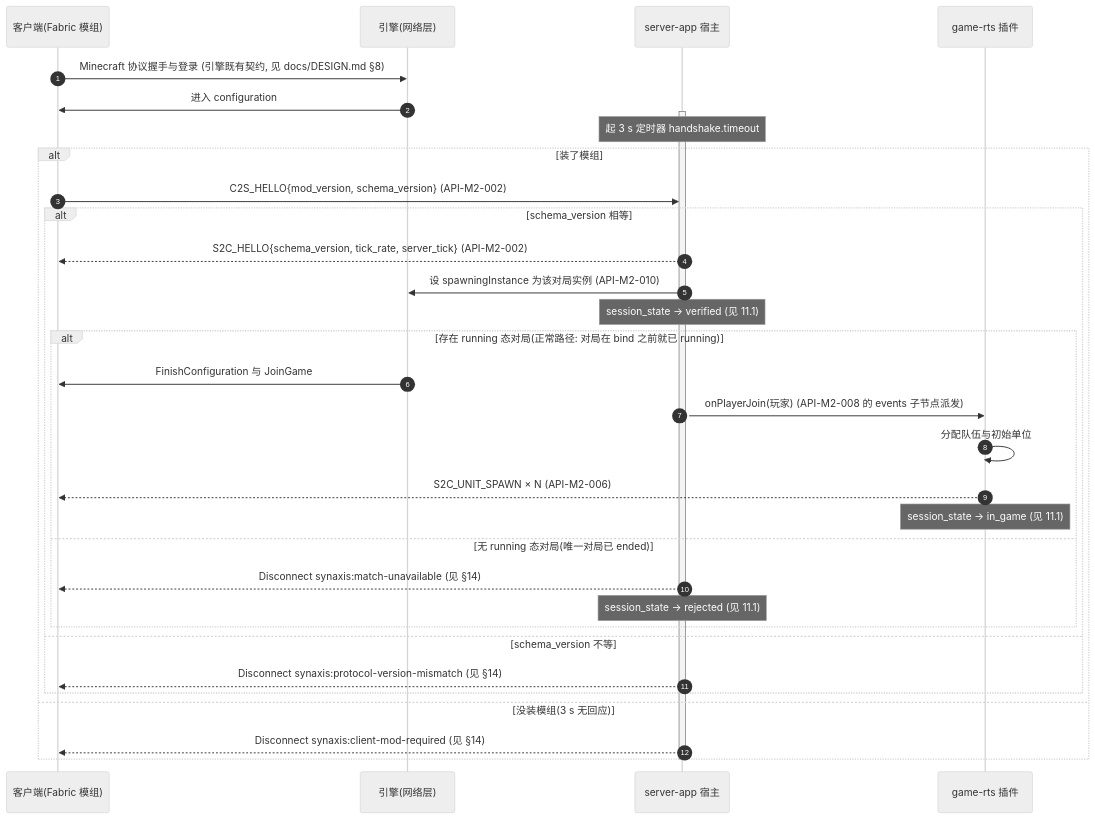
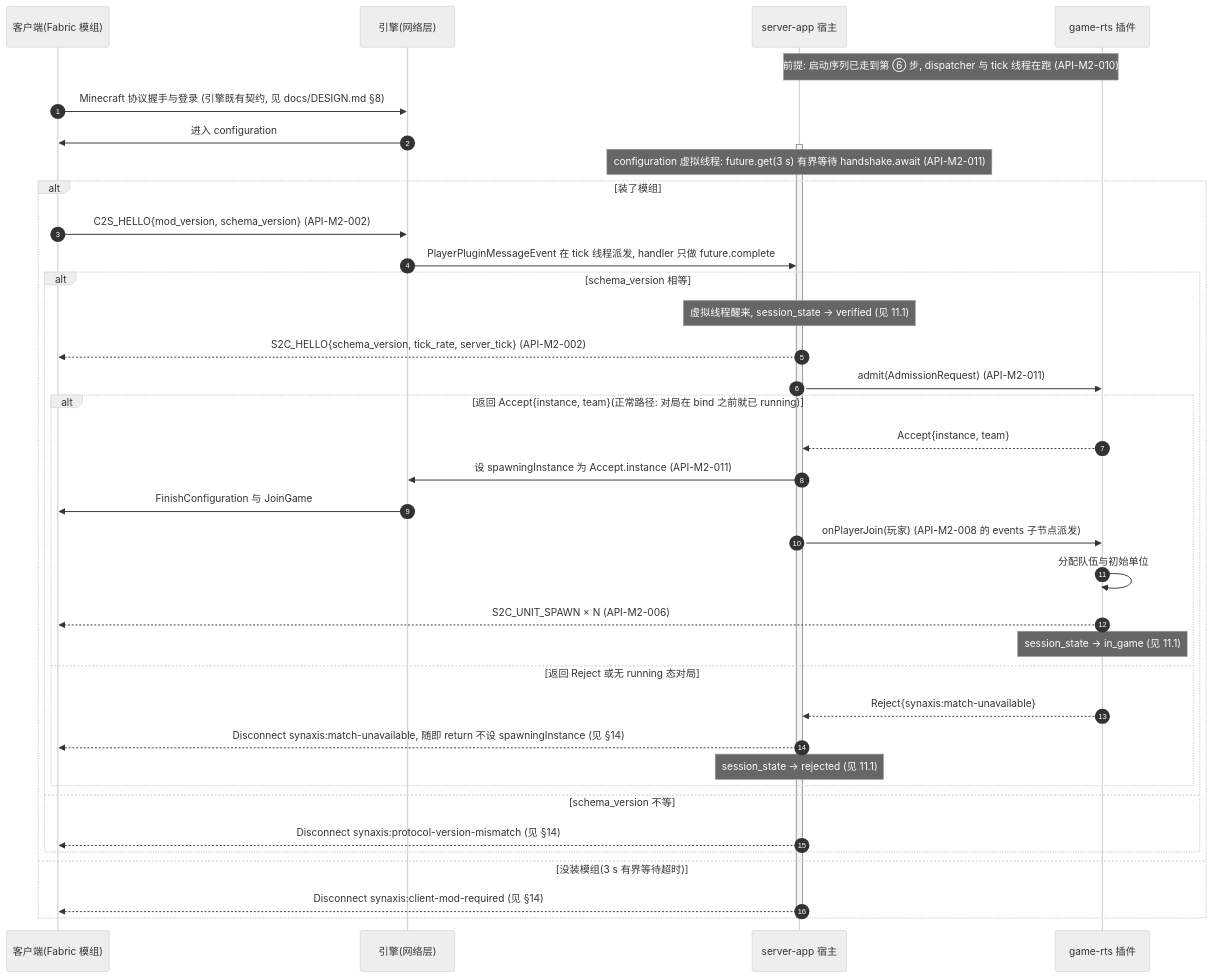
One commit to Bearisbug/synaxis changed the seventh of 9 diagrams in docs/DESIGN-M2.md. Above: the diagram before and after it, drawn with Mermaid (neutral theme). The commit also changed other lines of this file and 2 other files, not shown here.

````diff
--- a/docs/DESIGN-M2.md
+++ b/docs/DESIGN-M2.md
@@ -536,35 +574,40 @@
 ```mermaid
 sequenceDiagram
   autonumber
   participant C as 客户端(Fabric 模组)
   participant E as 引擎(网络层)
   participant H as server-app 宿主
   participant P as game-rts 插件
+  Note over H,P: 前提: 启动序列已走到第 ⑥ 步, dispatcher 与 tick 线程在跑 (API-M2-010)
   C->>E: Minecraft 协议握手与登录 (引擎既有契约, 见 docs/DESIGN.md §8)
   E->>C: 进入 configuration
   activate H
-  Note over H: 起 3 s 定时器 handshake.timeout
+  Note over H: configuration 虚拟线程: future.get(3 s) 有界等待 handshake.await (API-M2-011)
   alt 装了模组
-    C->>H: C2S_HELLO{mod_version, schema_version} (API-M2-002)
+    C->>E: C2S_HELLO{mod_version, schema_version} (API-M2-002)
+    E->>H: PlayerPluginMessageEvent 在 tick 线程派发, handler 只做 future.complete
     alt schema_version 相等
+      Note over H: 虚拟线程醒来, session_state → verified (见 11.1)
       H-->>C: S2C_HELLO{schema_version, tick_rate, server_tick} (API-M2-002)
-      H->>E: 设 spawningInstance 为该对局实例 (API-M2-010)
-      Note over H: session_state → verified (见 11.1)
-      alt 存在 running 态对局(正常路径: 对局在 bind 之前就已 running)
+      H->>P: admit(AdmissionRequest) (API-M2-011)
+      alt 返回 Accept{instance, team}(正常路径: 对局在 bind 之前就已 running)
+        P-->>H: Accept{instance, team}
+        H->>E: 设 spawningInstance 为 Accept.instance (API-M2-011)
         E->>C: FinishConfiguration 与 JoinGame
         H->>P: onPlayerJoin(玩家) (API-M2-008 的 events 子节点派发)
         P->>P: 分配队伍与初始单位
         P-->>C: S2C_UNIT_SPAWN × N (API-M2-006)
         Note over P: session_state → in_game (见 11.1)
-      else 无 running 态对局(唯一对局已 ended)
-        H-->>C: Disconnect synaxis:match-unavailable (见 §14)
+      else 返回 Reject 或无 running 态对局
+        P-->>H: Reject{synaxis:match-unavailable}
+        H-->>C: Disconnect synaxis:match-unavailable, 随即 return 不设 spawningInstance (见 §14)
         Note over H: session_state → rejected (见 11.1)
       end
     else schema_version 不等
       H-->>C: Disconnect synaxis:protocol-version-mismatch (见 §14)
     end
-  else 没装模组(3 s 无回应)
+  else 没装模组(3 s 有界等待超时)
     H-->>C: Disconnect synaxis:client-mod-required (见 §14)
   end
   deactivate H
 ```
````
